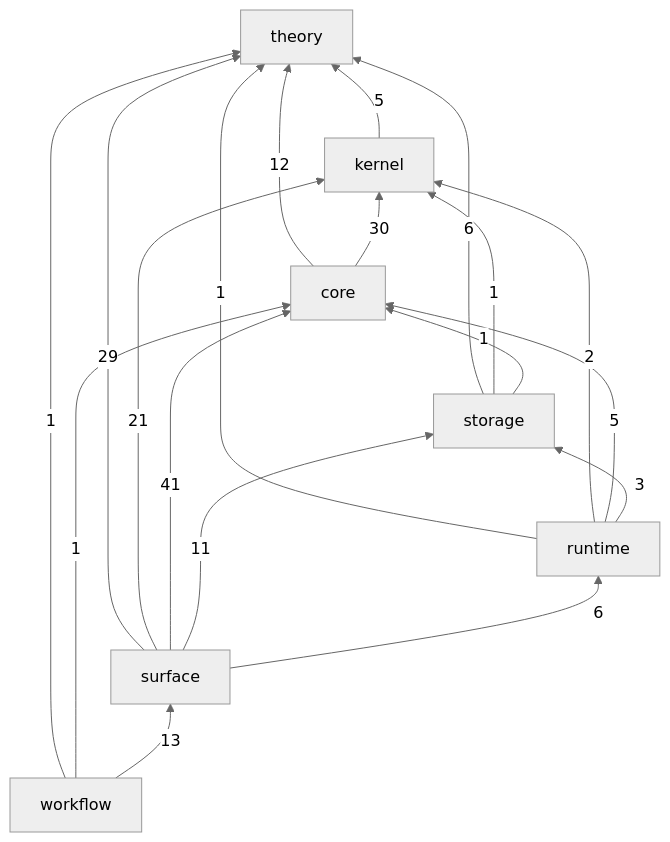
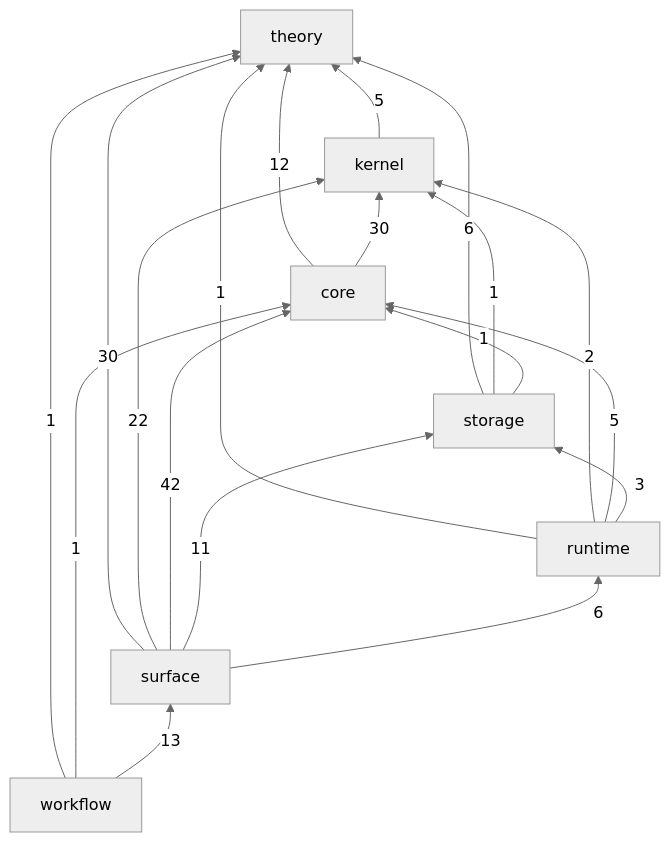
One commit to gandr-lang/gandr changed the diagram in ledger/README.md. Above: the diagram before and after it, drawn with Mermaid (neutral theme). The commit also changed 39 other files, not shown here.

````diff
--- a/ledger/README.md
+++ b/ledger/README.md
@@ -28,28 +28,28 @@
 ```mermaid
 flowchart BT
   theory
   kernel
   core
   storage
   runtime
   surface
   workflow
   kernel -->|5| theory
   core -->|12| theory
   core -->|30| kernel
   storage -->|6| theory
   storage -->|1| kernel
   storage -->|1| core
   runtime -->|1| theory
   runtime -->|2| kernel
   runtime -->|5| core
   runtime -->|3| storage
-  surface -->|29| theory
-  surface -->|21| kernel
-  surface -->|41| core
+  surface -->|30| theory
+  surface -->|22| kernel
+  surface -->|42| core
   surface -->|11| storage
   surface -->|6| runtime
   workflow -->|1| theory
   workflow -->|1| core
   workflow -->|13| surface
 ```
````
